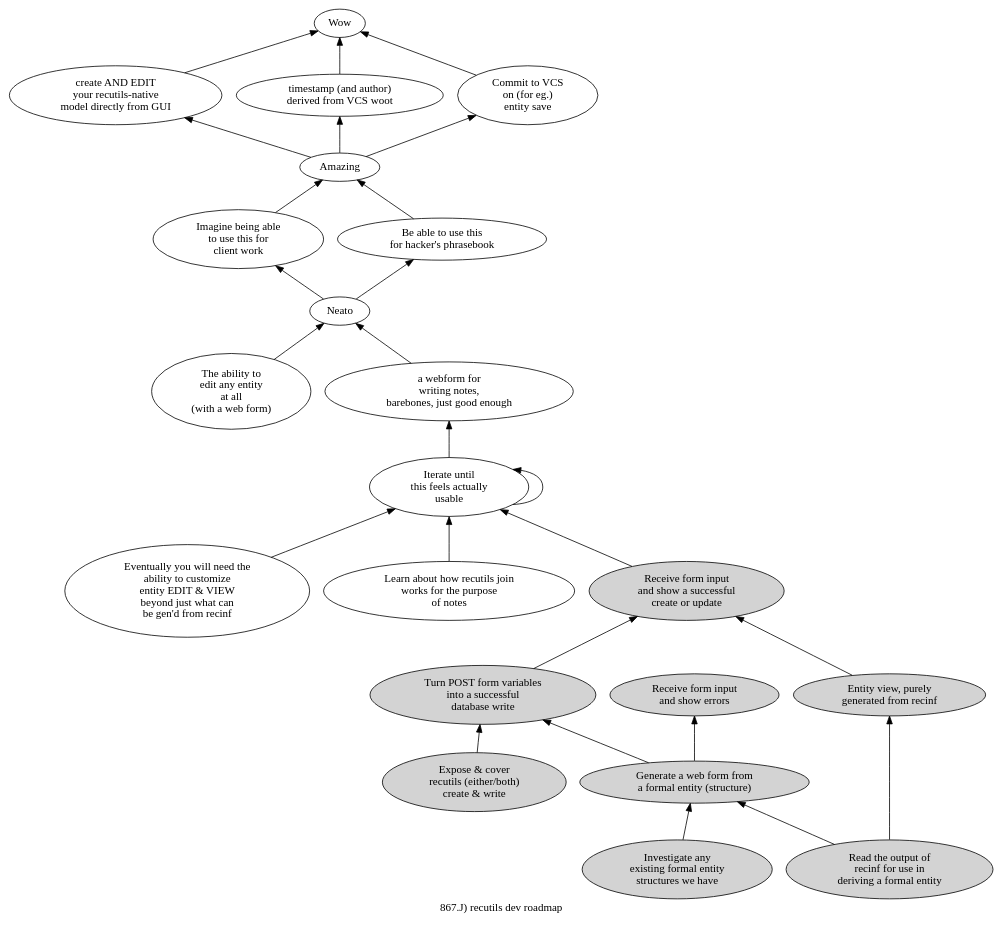
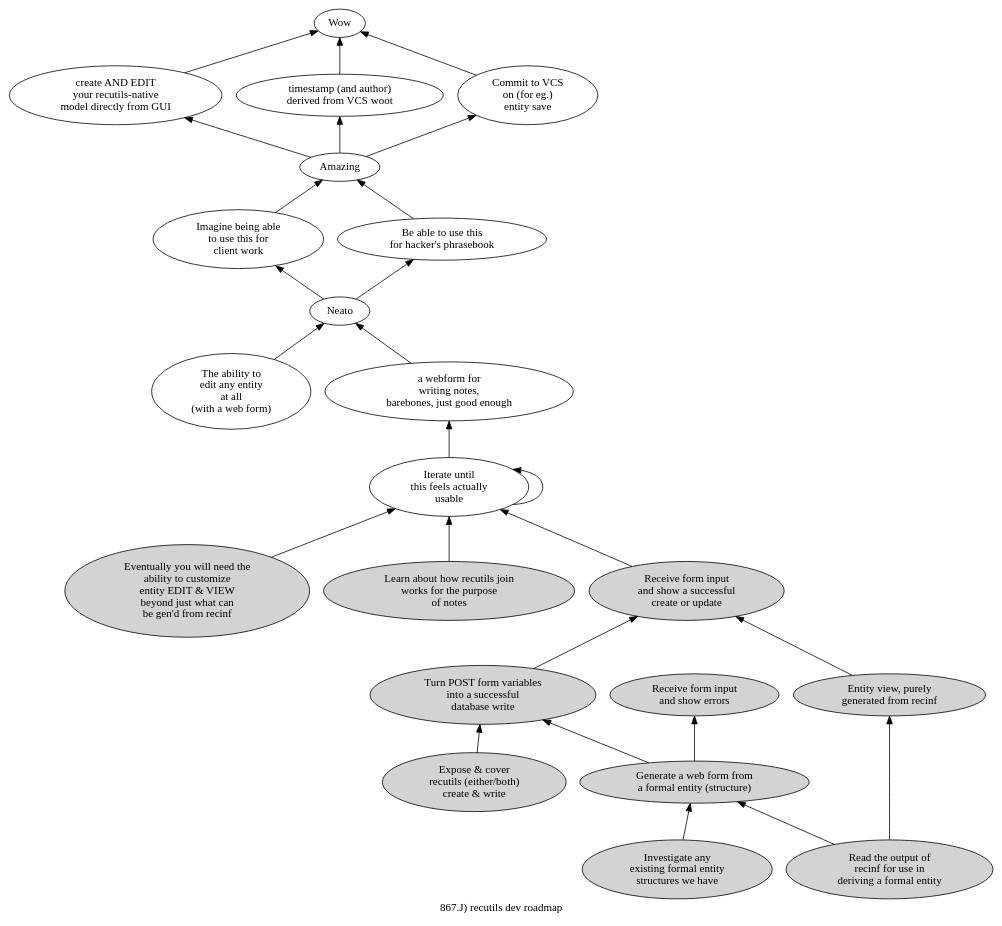
The diagram in kiss-rdb-doc/867.J.towards-a-recutils-dev-roadmap.dot (hipe/tmx), drawn with Graphviz before and after one commit. The commit also changed 5 other files, not shown here.

```diff
--- a/kiss-rdb-doc/867.J.towards-a-recutils-dev-roadmap.dot
+++ b/kiss-rdb-doc/867.J.towards-a-recutils-dev-roadmap.dot
@@ -1,56 +1,56 @@
 digraph g {
 label="867.J) recutils dev roadmap"
 rankdir=BT  /* Make the thing everything points to be at the top */
 DONE0200[label="Wow"]
 MODELLER->DONE0200
 VCS->DONE0200
 VCSWRITE->DONE0200
 DONE0100[label="Amazing"]
 CW->DONE0100
 HPB->DONE0100
 CW[label="Imagine being able\nto use this for\nclient work"]
 DONE0050->CW
 HPB[label="Be able to use this\nfor hacker's phrasebook"]
 DONE0050->HPB
 DONE0050[label="Neato"]
 EAEAA->DONE0050
 JOINNOTES->DONE0050
 ITERUSE[label="Iterate until\nthis feels actually\nusable"]
 CUSTOM->ITERUSE
 ITERUSE->ITERUSE
 JOIN->ITERUSE
 RFIOK->ITERUSE
 EAEAA[label="The ability to\nedit any entity\nat all\n(with a web form)"]
 CREATEOK[label="Turn POST form variables\ninto a successful\ndatabase write" style=filled]
 EXPOSEW->CREATEOK
 GWFFFE->CREATEOK
 EXPOSEW[label="Expose & cover\nrecutils (either/both)\ncreate & write" style=filled]
 GWFFFE[label="Generate a web form from\na formal entity (structure)" style=filled]
 EFORM->GWFFFE
 RRI->GWFFFE
 RFISE[label="Receive form input\nand show errors" style=filled]
 GWFFFE->RFISE
 RFIOK[label="Receive form input\nand show a successful\ncreate or update" style=filled]
 CREATEOK->RFIOK
 VIEW->RFIOK
 RRI[label="Read the output of\nrecinf for use in\nderiving a formal entity" style=filled]
 JOINNOTES[label="a webform for\nwriting notes,\nbarebones, just good enough"]
 ITERUSE->JOINNOTES
-JOIN[label="Learn about how recutils join\nworks for the purpose\nof notes"]
+JOIN[label="Learn about how recutils join\nworks for the purpose\nof notes" style=filled]
 VCS[label="timestamp (and author)\nderived from VCS woot"]
 DONE0100->VCS
 VCSWRITE[label="Commit to VCS\non (for eg.)\nentity save"]
 DONE0100->VCSWRITE
 CUSTOM[label="Eventually you will need the\nability to customize
-entity EDIT & VIEW\nbeyond just what can\nbe gen'd from recinf"]
+entity EDIT & VIEW\nbeyond just what can\nbe gen'd from recinf" style=filled]
 VIEW[label="Entity view, purely\ngenerated from recinf" style=filled]
 RRI->VIEW
 MODELLER[label="create AND EDIT\nyour recutils-native\nmodel directly from GUI"]
 DONE0100->MODELLER
 EFORM[label="Investigate any\nexisting formal entity\nstructures we have" style=filled]
 }
 
 /*
 #history-C.1 Create a rough draft of dependencies from initial nodes
 #born
 */
```
